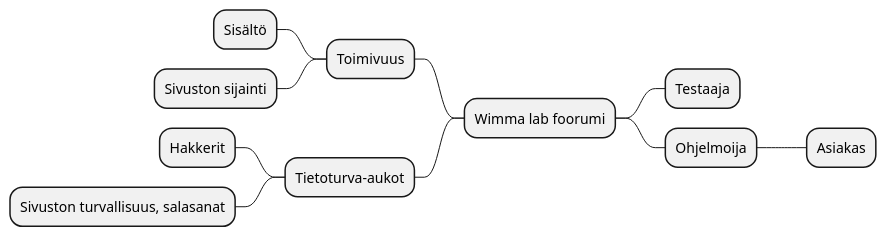
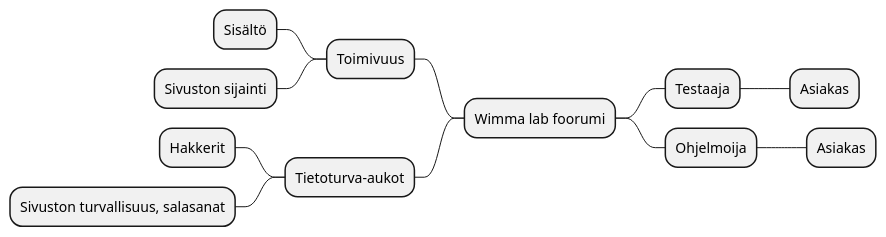
One commit to Pipe80/Projekti-ja-k-yt-neteet-kurssi changed the first of 5 diagrams in dokumentit/20-Vaatimustenhallinta/vaatimusmaaritely-tiivis.md. Above: the diagram before and after it, drawn with PlantUML.

````diff
--- a/dokumentit/20-Vaatimustenhallinta/vaatimusmaaritely-tiivis.md
+++ b/dokumentit/20-Vaatimustenhallinta/vaatimusmaaritely-tiivis.md
@@ -23,14 +23,15 @@
 ```plantuml
 @startmindmap
 + Wimma lab foorumi
 ++ Testaaja
++++ Asiakas
 ++ Ohjelmoija
 +++ Asiakas
 -- Toimivuus
 --- Sisältö
 --- Sivuston sijainti
 -- Tietoturva-aukot
 --- Hakkerit
 --- Sivuston turvallisuus, salasanat
 @endmindmap
 ```
````
